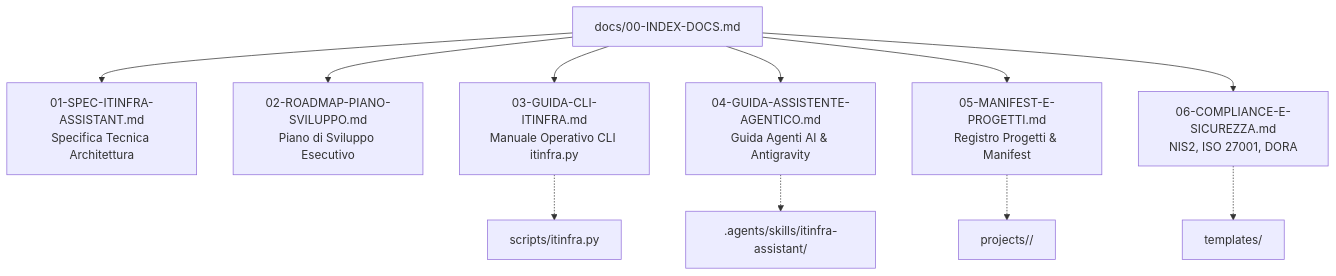
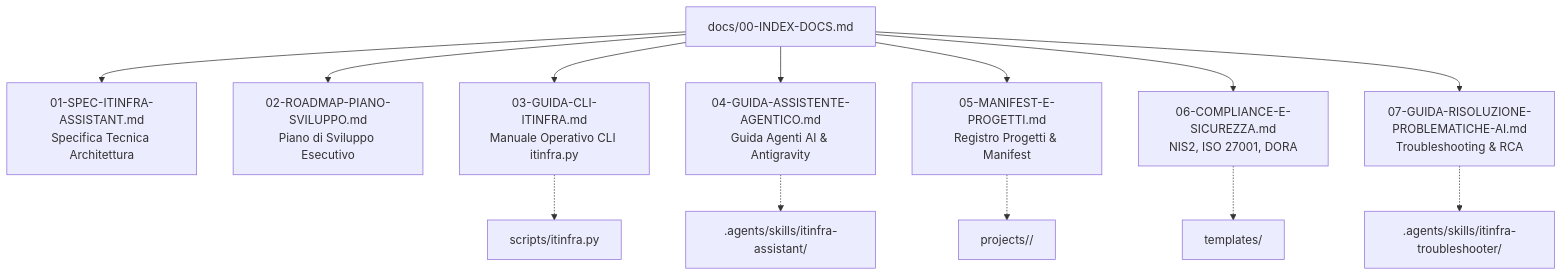
Before and after one commit to matrixNeo76/ItInfra: the diagram in docs/00-INDEX-DOCS.md, drawn with Mermaid. The commit also changed other lines of this file and 7 other files, not shown here.

````diff
--- a/docs/00-INDEX-DOCS.md
+++ b/docs/00-INDEX-DOCS.md
@@ -98,14 +104,16 @@
 ```mermaid
 graph TD
     DOCS[docs/00-INDEX-DOCS.md] --> SPEC[01-SPEC-ITINFRA-ASSISTANT.md<br/>Specifica Tecnica Architettura]
     DOCS --> ROAD[02-ROADMAP-PIANO-SVILUPPO.md<br/>Piano di Sviluppo Esecutivo]
     DOCS --> CLI[03-GUIDA-CLI-ITINFRA.md<br/>Manuale Operativo CLI itinfra.py]
     DOCS --> AGENT[04-GUIDA-ASSISTENTE-AGENTICO.md<br/>Guida Agenti AI & Antigravity]
     DOCS --> MANIF[05-MANIFEST-E-PROGETTI.md<br/>Registro Progetti & Manifest]
     DOCS --> COMPL[06-COMPLIANCE-E-SICUREZZA.md<br/>NIS2, ISO 27001, DORA]
+    DOCS --> TROUBLE[07-GUIDA-RISOLUZIONE-PROBLEMATICHE-AI.md<br/>Troubleshooting & RCA]
     
     CLI -.-> CLI_PY[scripts/itinfra.py]
+    TROUBLE -.-> SKILL_TB[.agents/skills/itinfra-troubleshooter/]
     AGENT -.-> SKILL[.agents/skills/itinfra-assistant/]
     MANIF -.-> PROJ_DIR[projects/<slug>/]
     COMPL -.-> TPL_DIR[templates/]
 ```
````
